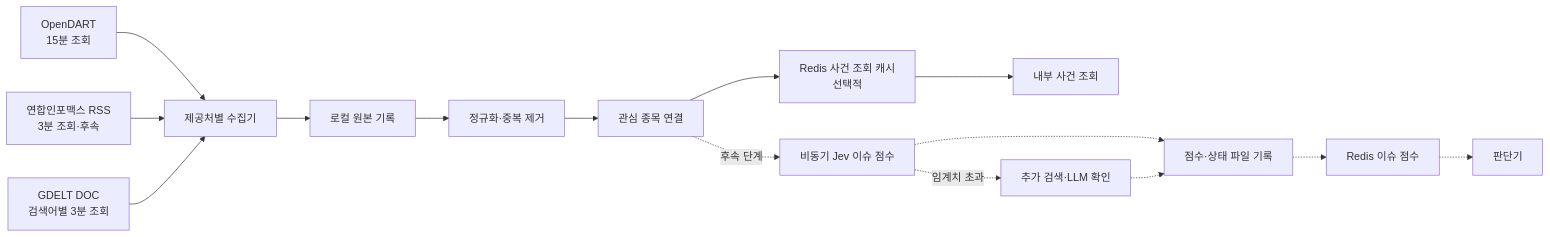
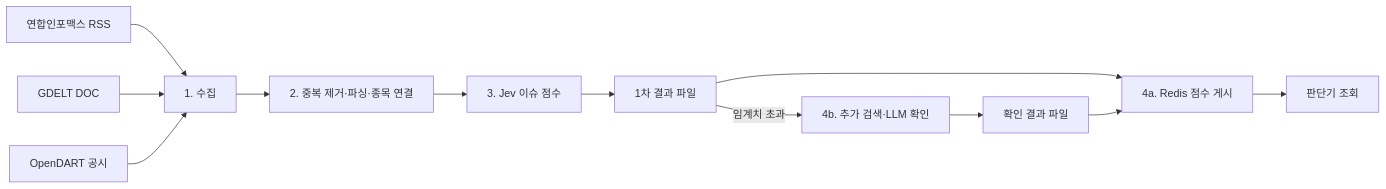
Before and after one commit to ShinYEB/Auto-helm: the diagram in docs/lld/03-event-data.md, drawn with Mermaid. The commit also changed other lines of this file and 9 other files, not shown here.

````diff
--- a/docs/lld/03-event-data.md
+++ b/docs/lld/03-event-data.md
@@ -13,17 +13,14 @@
 ```mermaid
 flowchart LR
-    DART["OpenDART<br/>15분 조회"] --> FETCH["제공처별 수집기"]
-    RSS["연합인포맥스 RSS<br/>3분 조회·후속"] --> FETCH
-    GDELT["GDELT DOC<br/>검색어별 3분 조회"] --> FETCH
-    FETCH --> RAW["로컬 원본 기록"]
-    RAW --> NORM["정규화·중복 제거"]
-    NORM --> LINK["관심 종목 연결"]
-    LINK --> CACHE["Redis 사건 조회 캐시<br/>선택적"]
-    CACHE --> QUERY["내부 사건 조회"]
-    LINK -. "후속 단계" .-> JEV["비동기 Jev 이슈 점수"]
-    JEV -.-> SCORE["점수·상태 파일 기록"]
-    SCORE -.-> RCACHE["Redis 이슈 점수"]
-    JEV -. "임계치 초과" .-> SEARCH["추가 검색·LLM 확인"]
-    SEARCH -.-> SCORE
-    RCACHE -.-> DEC["판단기"]
+    RSS["연합인포맥스 RSS"] --> COLLECT["1. 수집"]
+    GDELT["GDELT DOC"] --> COLLECT
+    DART["OpenDART 공시"] --> COLLECT
+    COLLECT --> NORMAL["2. 중복 제거·파싱·종목 연결"]
+    NORMAL --> JEV["3. Jev 이슈 점수"]
+    JEV --> JOURNAL["1차 결과 파일"]
+    JOURNAL --> CACHE["4a. Redis 점수 게시"]
+    JOURNAL -->|"임계치 초과"| SEARCH["4b. 추가 검색·LLM 확인"]
+    SEARCH --> RESULT["확인 결과 파일"]
+    RESULT --> CACHE
+    CACHE --> DECISION["판단기 조회"]
 ```
````
